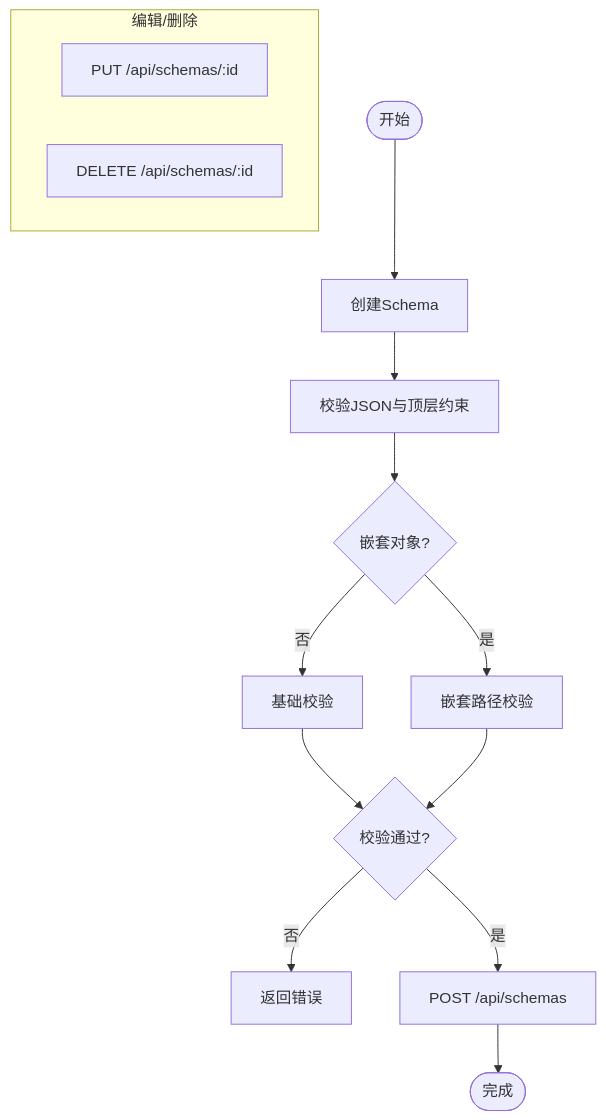
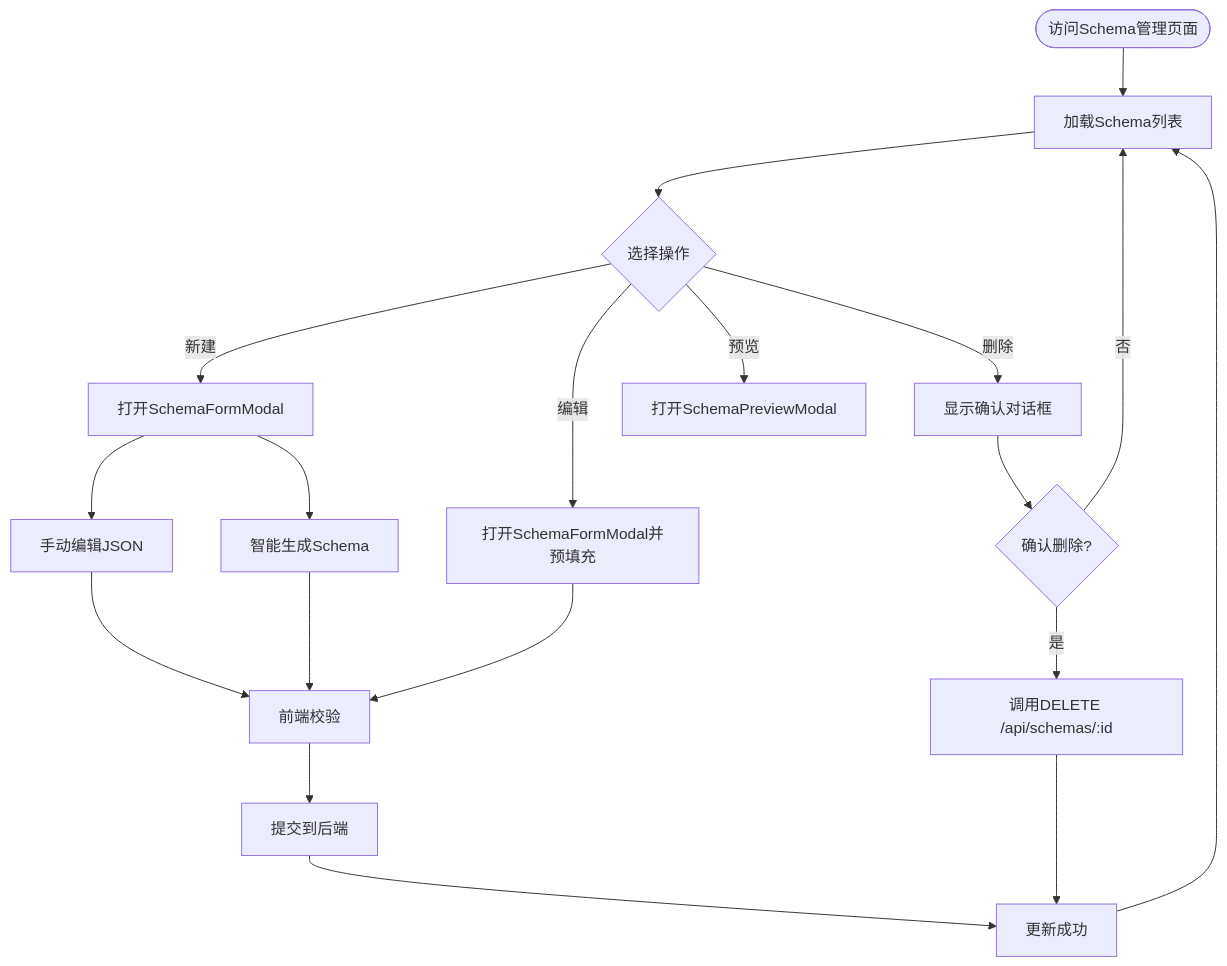
One commit to joker-yjc/printer changed the fourth of 9 diagrams in .qoder/repowiki/zh/content/设计器前端应用/数据绑定系统/Schema管理.md. Above: the diagram before and after it, drawn with Mermaid. The commit also changed other lines of this file and 44 other files, not shown here.

````diff
--- a/.qoder/repowiki/zh/content/设计器前端应用/数据绑定系统/Schema管理.md
+++ b/.qoder/repowiki/zh/content/设计器前端应用/数据绑定系统/Schema管理.md
@@ -183,17 +207,21 @@
 ```mermaid
 flowchart TD
-Start(["开始"]) --> Create["创建Schema"]
-Create --> Validate["校验JSON与顶层约束"]
-Validate --> NestedCheck{"嵌套对象?"}
-NestedCheck --> |否| Basic["基础校验"]
-NestedCheck --> |是| Nested["嵌套路径校验"]
-Basic --> Valid{"校验通过?"}
-Nested --> Valid
-Valid --> |否| Error["返回错误"]
-Valid --> |是| Post["POST /api/schemas"]
-Post --> Done(["完成"])
-subgraph "编辑/删除"
-Edit["PUT /api/schemas/:id"]
-Del["DELETE /api/schemas/:id"]
-end
+Start(["访问Schema管理页面"]) --> List["加载Schema列表"]
+List --> Action{"选择操作"}
+Action --> |新建| Create["打开SchemaFormModal"]
+Action --> |编辑| Edit["打开SchemaFormModal并预填充"]
+Action --> |删除| Delete["显示确认对话框"]
+Action --> |预览| Preview["打开SchemaPreviewModal"]
+Create --> Manual["手动编辑JSON"]
+Create --> Auto["智能生成Schema"]
+Manual --> Validate["前端校验"]
+Auto --> Validate
+Validate --> Submit["提交到后端"]
+Submit --> Success["更新成功"]
+Success --> List
+Edit --> Validate
+Delete --> Confirm{"确认删除?"}
+Confirm --> |是| DeleteAPI["调用DELETE /api/schemas/:id"]
+Confirm --> |否| List
+DeleteAPI --> Success
 ```
````
